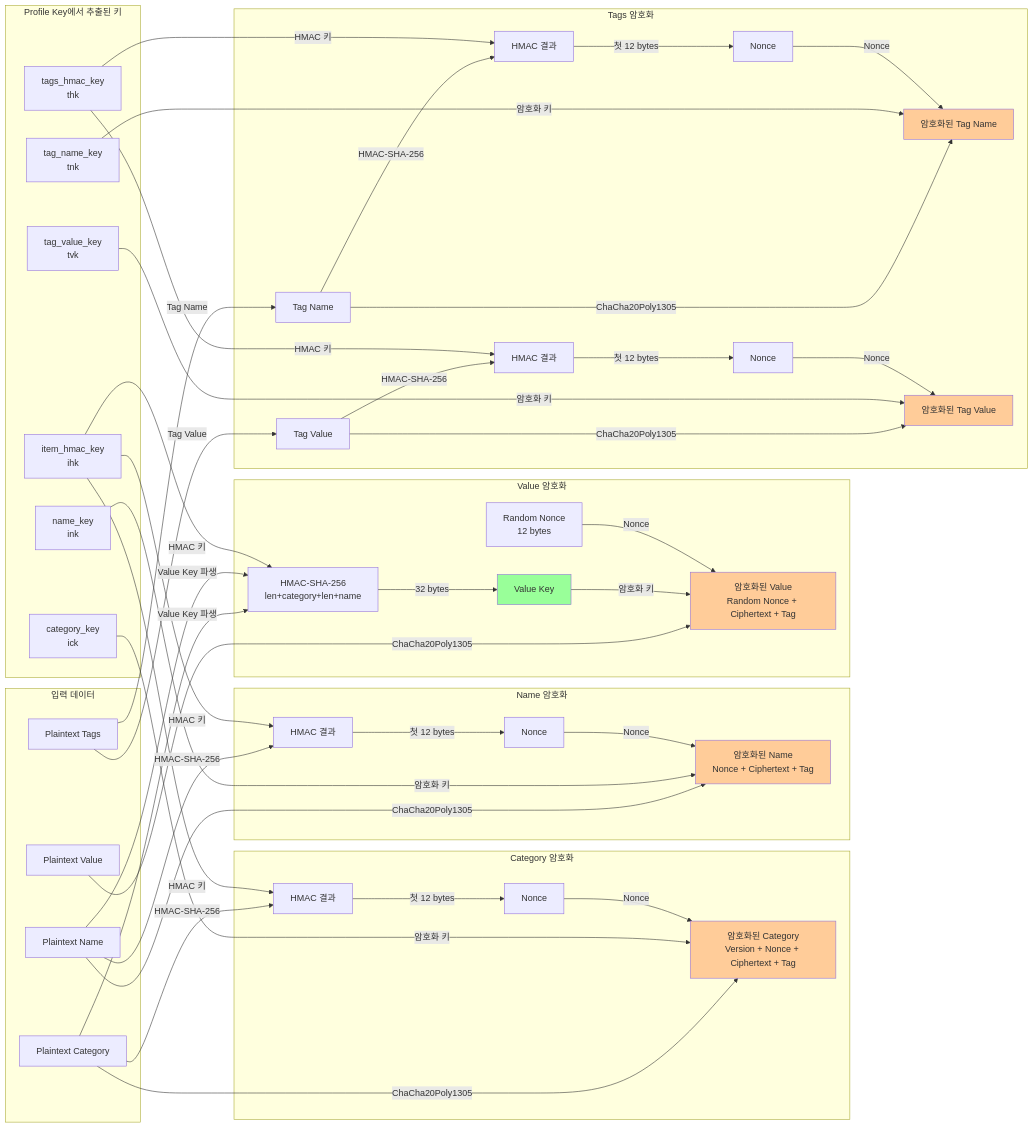
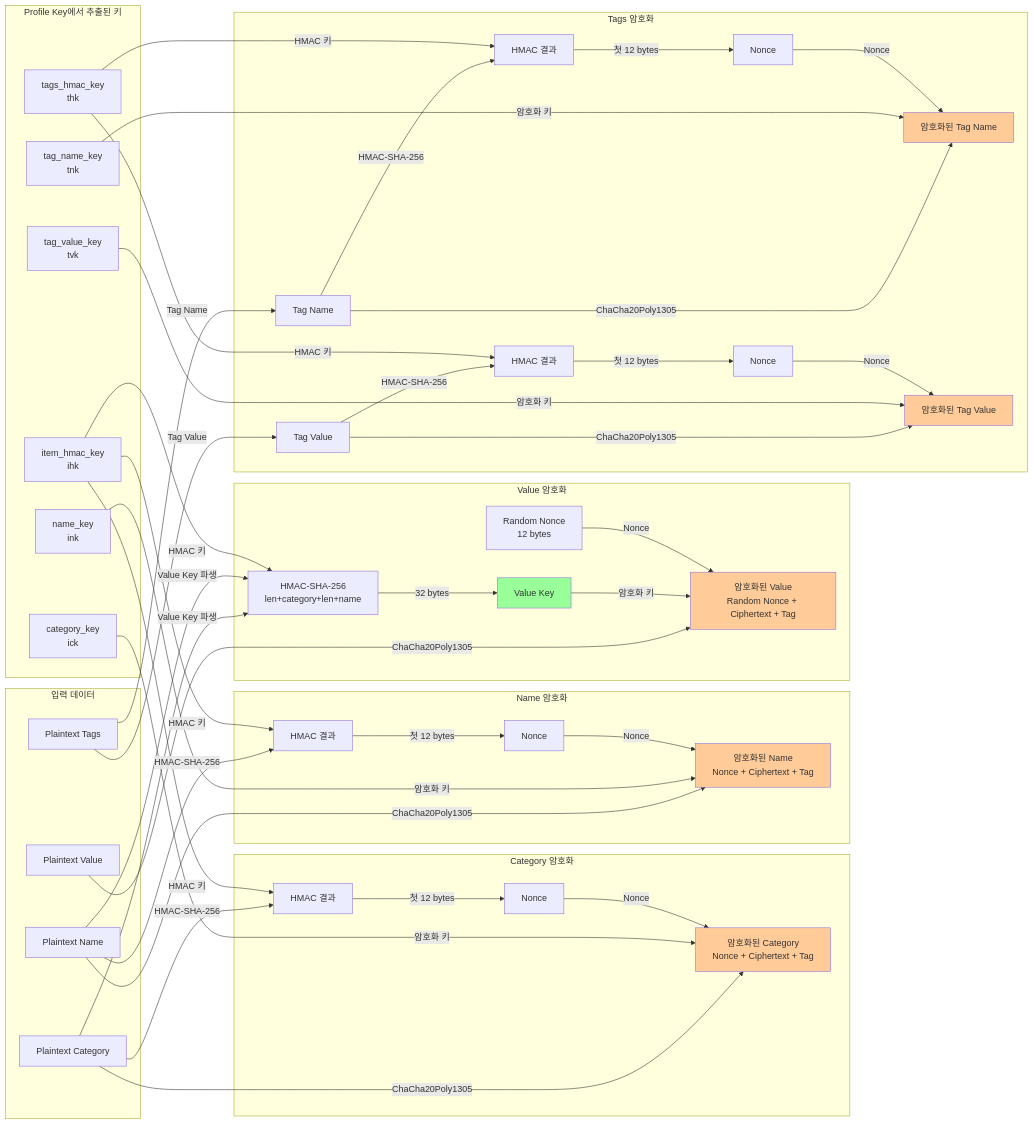
One commit to kukgini/kukgini.github.io changed the second of 6 diagrams in src/dc/askar_multitenancy_encryption_ko.md. Above: the diagram before and after it, drawn with Mermaid. The commit also changed other lines of this file, not shown here.

Commit message:
docs: Fix encryption format - remove incorrect Version Byte from Category encryption

````diff
--- a/src/dc/askar_multitenancy_encryption_ko.md
+++ b/src/dc/askar_multitenancy_encryption_ko.md
@@ -326,71 +324,71 @@
 ```mermaid
 graph LR
     subgraph "입력 데이터"
         PC[Plaintext Category]
         PN[Plaintext Name]
         PV[Plaintext Value]
         PT[Plaintext Tags]
     end
 
     subgraph "Profile Key에서 추출된 키"
         CK[category_key<br/>ick]
         NK[name_key<br/>ink]
         IHK[item_hmac_key<br/>ihk]
         TNK[tag_name_key<br/>tnk]
         TVK[tag_value_key<br/>tvk]
         THK[tags_hmac_key<br/>thk]
     end
 
     subgraph "Category 암호화"
         PC -->|HMAC-SHA-256| HMC[HMAC 결과]
         HMC -->|첫 12 bytes| NC[Nonce]
-        PC -->|ChaCha20Poly1305| EC[암호화된 Category<br/>Version + Nonce + Ciphertext + Tag]
+        PC -->|ChaCha20Poly1305| EC[암호화된 Category<br/>Nonce + Ciphertext + Tag]
         CK -->|암호화 키| EC
         NC -->|Nonce| EC
     end
 
     subgraph "Name 암호화"
         PN -->|HMAC-SHA-256| HMN[HMAC 결과]
         HMN -->|첫 12 bytes| NN[Nonce]
         PN -->|ChaCha20Poly1305| EN[암호화된 Name<br/>Nonce + Ciphertext + Tag]
         NK -->|암호화 키| EN
         NN -->|Nonce| EN
         IHK -->|HMAC 키| HMN
     end
 
     subgraph "Value 암호화"
         PV -->|ChaCha20Poly1305| EV[암호화된 Value<br/>Random Nonce + Ciphertext + Tag]
         PC -->|Value Key 파생| VKD[HMAC-SHA-256<br/>len+category+len+name]
         PN -->|Value Key 파생| VKD
         IHK -->|HMAC 키| VKD
         VKD -->|32 bytes| VK[Value Key]
         VK -->|암호화 키| EV
         RN[Random Nonce<br/>12 bytes] -->|Nonce| EV
     end
 
     subgraph "Tags 암호화"
         PT -->|Tag Name| TN[Tag Name]
         PT -->|Tag Value| TV[Tag Value]
         TN -->|HMAC-SHA-256| HMTN[HMAC 결과]
         TV -->|HMAC-SHA-256| HMTV[HMAC 결과]
         HMTN -->|첫 12 bytes| NTN[Nonce]
         HMTV -->|첫 12 bytes| NTV[Nonce]
         TN -->|ChaCha20Poly1305| ETN[암호화된 Tag Name]
         TV -->|ChaCha20Poly1305| ETV[암호화된 Tag Value]
         TNK -->|암호화 키| ETN
         TVK -->|암호화 키| ETV
         THK -->|HMAC 키| HMTN
         THK -->|HMAC 키| HMTV
         NTN -->|Nonce| ETN
         NTV -->|Nonce| ETV
     end
 
     IHK -->|HMAC 키| HMC
 
     style EC fill:#ffcc99
     style EN fill:#ffcc99
     style EV fill:#ffcc99
     style ETN fill:#ffcc99
     style ETV fill:#ffcc99
     style VK fill:#99ff99
 ```
````
